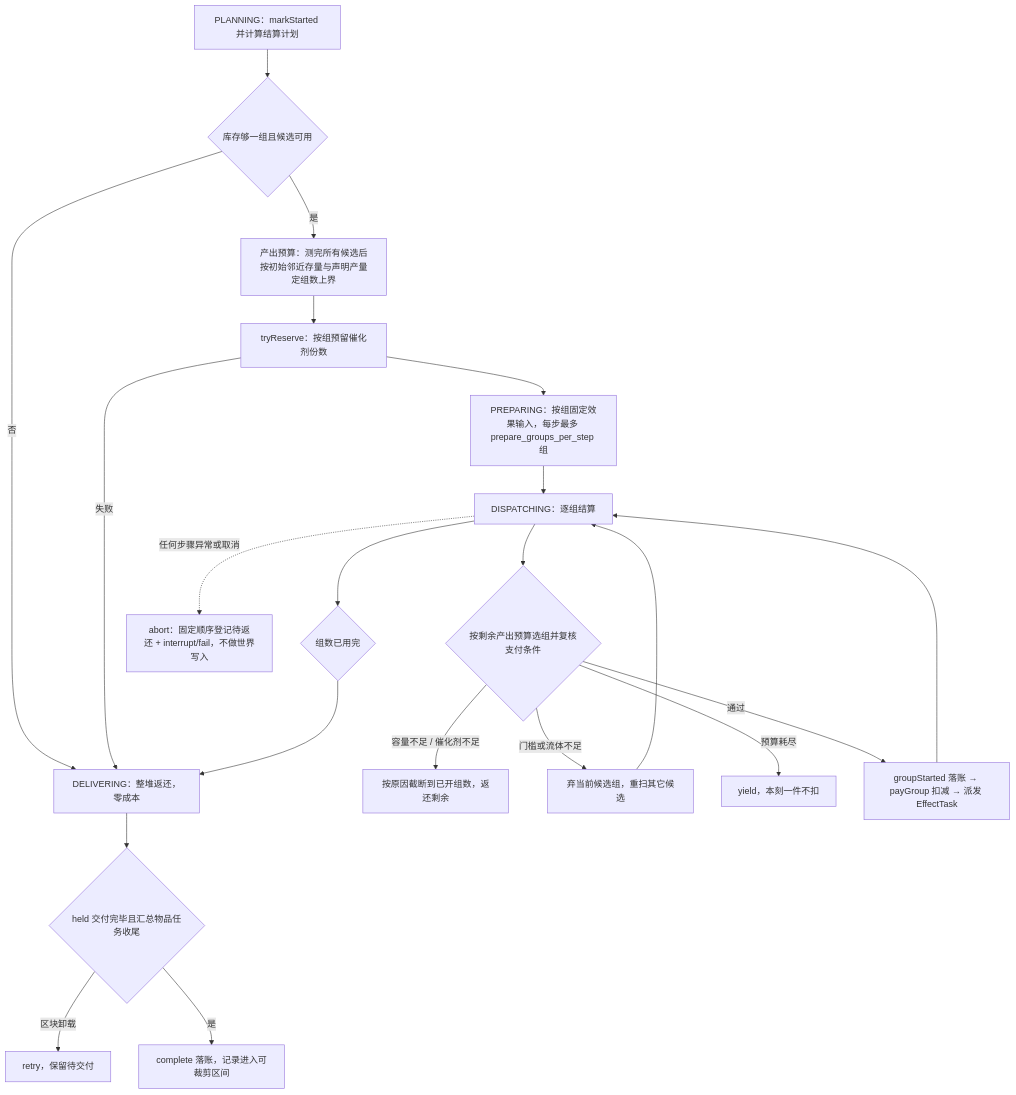
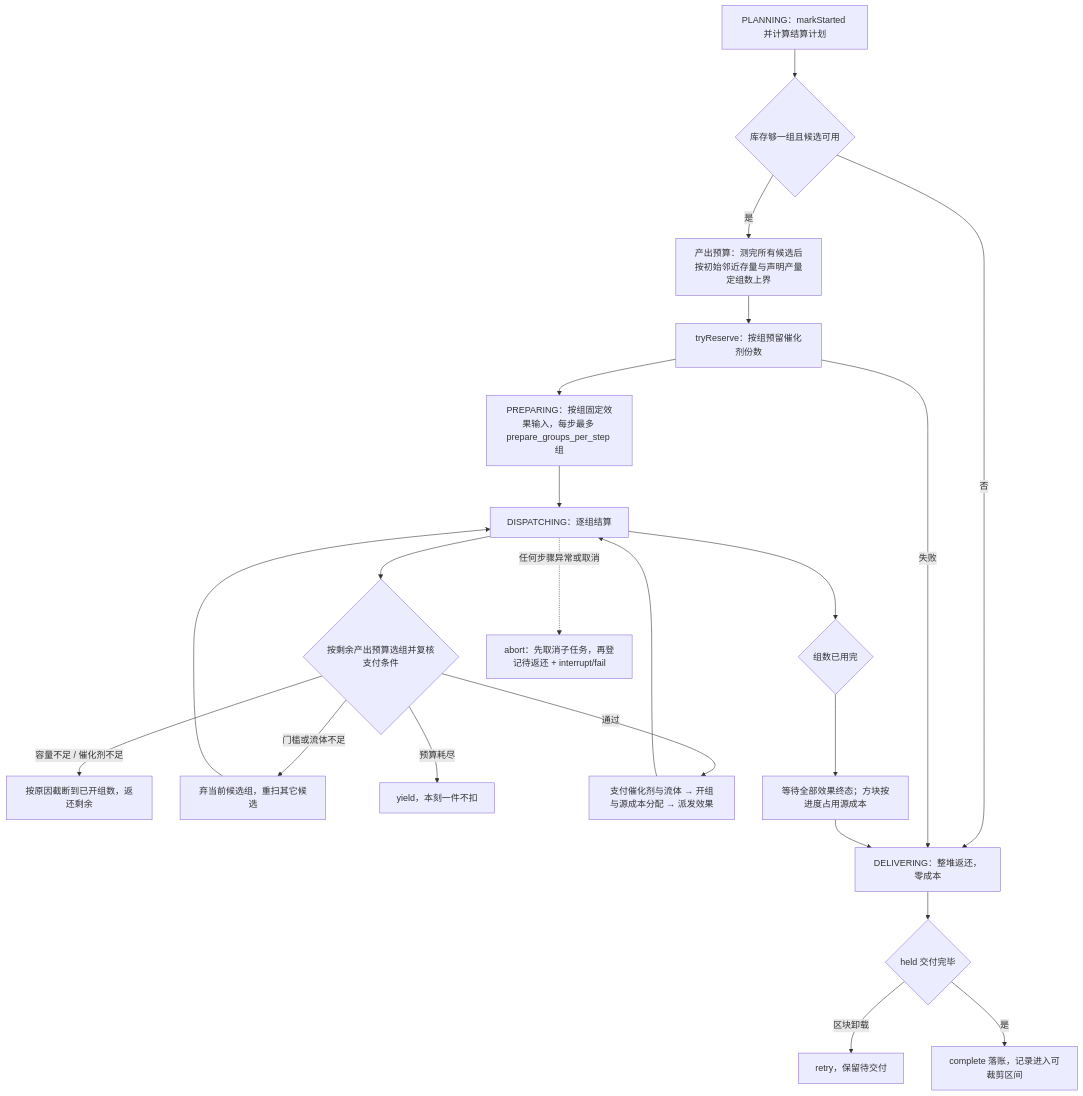
The third of 3 diagrams in docs/modules/conversion-runtime.md (meteoritel/item-despawn-to-what), drawn with Mermaid before and after one commit. The commit also changed other lines of this file and 20 other files, not shown here.

````diff
--- a/docs/modules/conversion-runtime.md
+++ b/docs/modules/conversion-runtime.md
@@ -146,23 +147,24 @@
 ```mermaid
 flowchart TB
     P["PLANNING：markStarted 并计算结算计划"] --> Q{"库存够一组且候选可用"}
     Q -->|"否"| DEL["DELIVERING：整堆返还，零成本"]
     Q -->|"是"| C["产出预算：测完所有候选后按初始邻近存量与声明产量定组数上界"]
     C --> R["tryReserve：按组预留催化剂份数"]
     R -->|"失败"| DEL
     R --> PR["PREPARING：按组固定效果输入，每步最多 prepare_groups_per_step 组"]
     PR --> S["DISPATCHING：逐组结算"]
     S --> T{"按剩余产出预算选组并复核支付条件"}
     T -->|"容量不足 / 催化剂不足"| U["按原因截断到已开组数，返还剩余"]
     T -->|"门槛或流体不足"| UB["弃当前候选组，重扫其它候选"]
     UB --> S
     T -->|"预算耗尽"| V["yield，本刻一件不扣"]
-    T -->|"通过"| W["groupStarted 落账 → payGroup 扣减 → 派发 EffectTask"]
+    T -->|"通过"| W["支付催化剂与流体 → 开组与源成本分配 → 派发效果"]
     W --> S
     S --> X{"组数已用完"}
-    X --> DEL
-    DEL --> Y{"held 交付完毕且汇总物品任务收尾"}
+    X --> WAIT["等待全部效果终态；方块按进度占用源成本"]
+    WAIT --> DEL
+    DEL --> Y{"held 交付完毕"}
     Y -->|"区块卸载"| Z["retry，保留待交付"]
     Y -->|"是"| DONE["complete 落账，记录进入可裁剪区间"]
-    S -.->|"任何步骤异常或取消"| AB["abort：固定顺序登记待返还 + interrupt/fail，不做世界写入"]
+    S -.->|"任何步骤异常或取消"| AB["abort：先取消子任务，再登记待返还 + interrupt/fail"]
 ```
````
